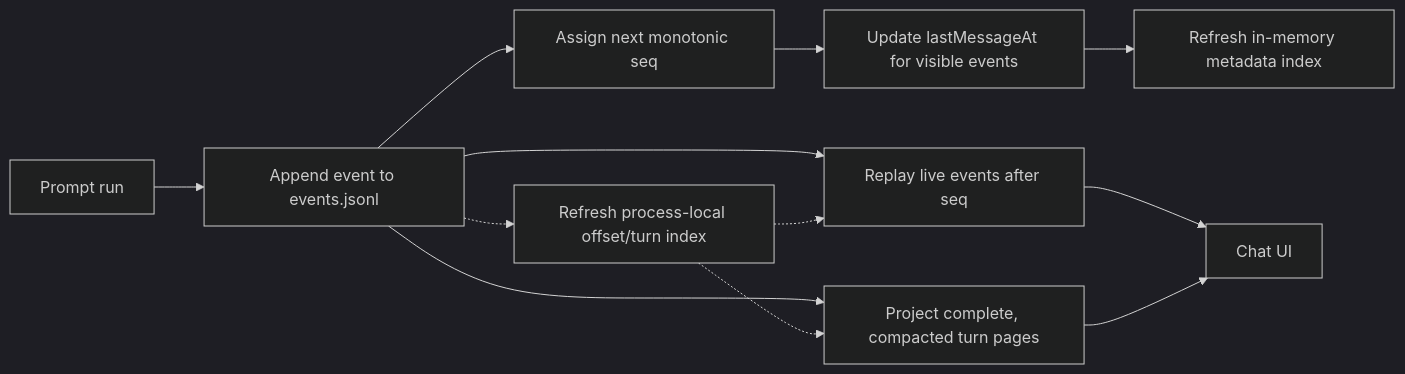
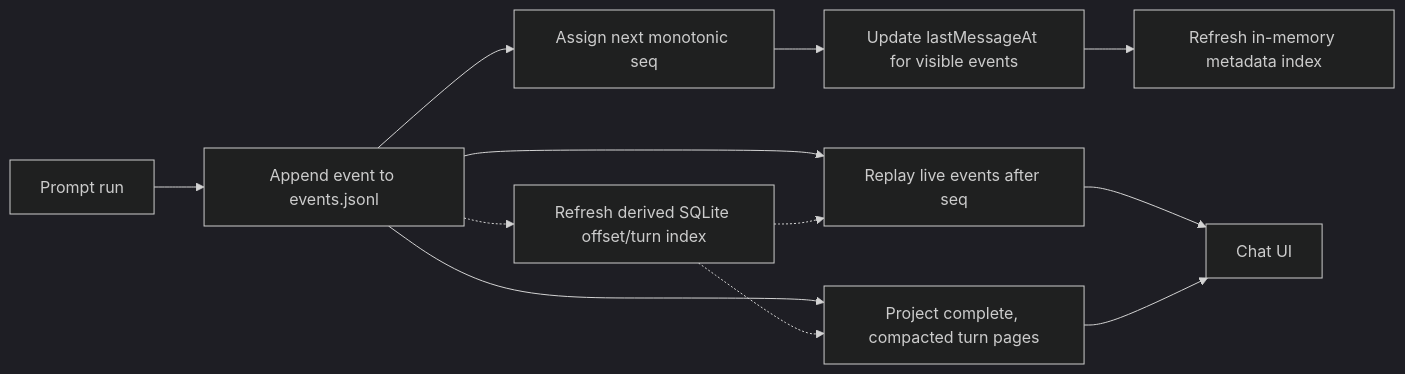
The second of 4 diagrams in docs/03-platform/07-data-and-frontend-state.md (AbdallahMohamedDotnet/remote.futrx), drawn with Mermaid (dark theme) before and after one commit. The commit also changed other lines of this file and 15 other files, not shown here.

Commit message:
perf(chat): persist transcript index with sqlite

````diff
--- a/docs/03-platform/07-data-and-frontend-state.md
+++ b/docs/03-platform/07-data-and-frontend-state.md
@@ -104,14 +105,14 @@
 ```mermaid
 flowchart LR
     Run["Prompt run"] --> Append["Append event to events.jsonl"]
     Append --> Seq["Assign next monotonic seq"]
     Seq --> Meta["Update lastMessageAt for visible events"]
     Meta --> Cache["Refresh in-memory metadata index"]
-    Append -.-> Index["Refresh process-local offset/turn index"]
+    Append -.-> Index["Refresh derived SQLite offset/turn index"]
     Append --> Replay["Replay live events after seq"]
     Append --> Transcript["Project complete, compacted turn pages"]
     Index -.-> Replay
     Index -.-> Transcript
     Replay --> Client["Chat UI"]
     Transcript --> Client
 ```
````
